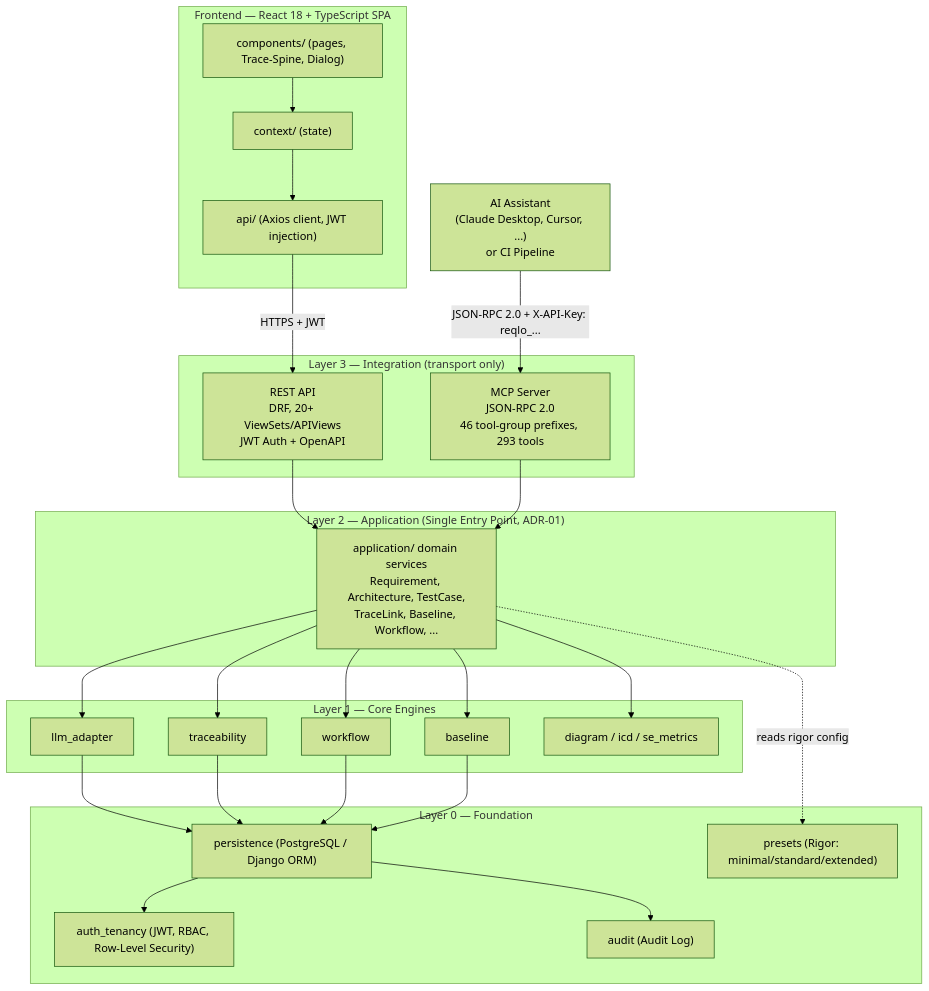
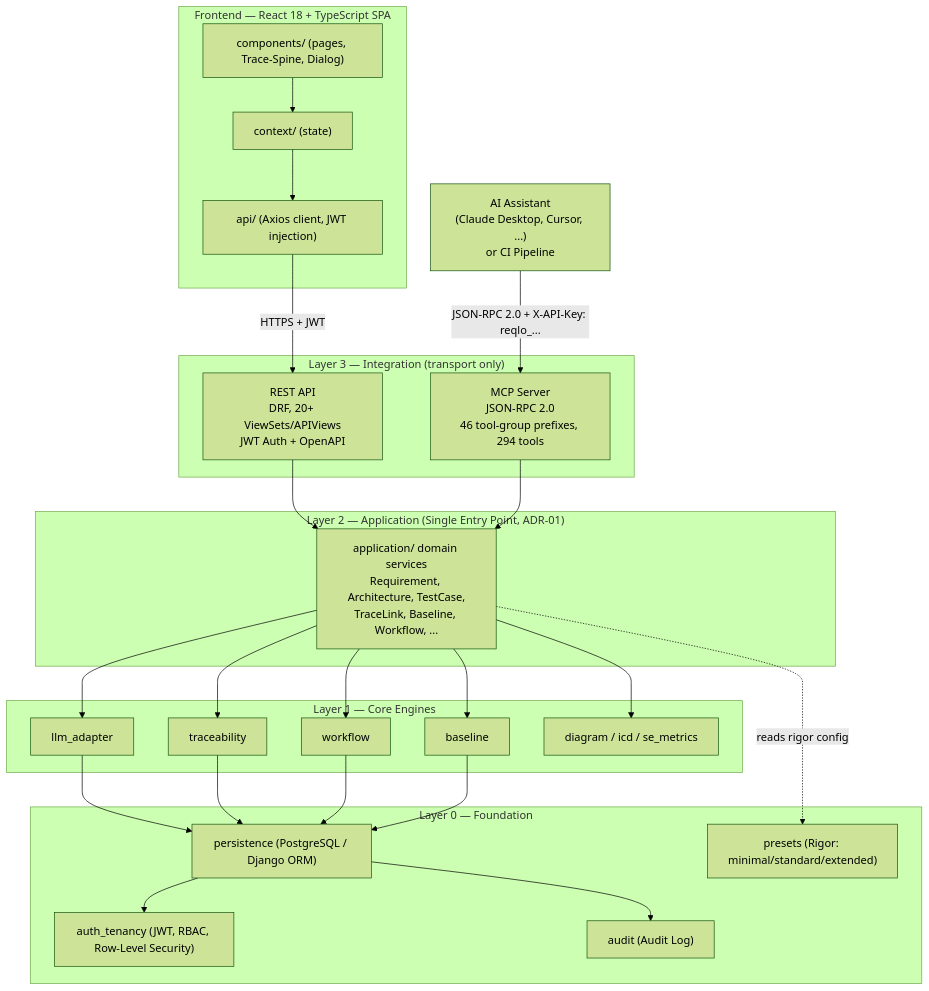
One commit to Popoboxxo/ReqogniLoom changed the first of 3 diagrams in README.md. Above: the diagram before and after it, drawn with Mermaid (forest theme). The commit also changed other lines of this file and 33 other files, not shown here.

First line of the commit message:
feat(summary): S2 inspector panel and S3 MCP tool

````diff
--- a/README.md
+++ b/README.md
@@ -102,53 +102,53 @@
 ```mermaid
 graph TD
     subgraph FE["Frontend — React 18 + TypeScript SPA"]
         UI["components/ (pages, Trace-Spine, Dialog)"]
         CTX["context/ (state)"]
         APICLIENT["api/ (Axios client, JWT injection)"]
         UI --> CTX --> APICLIENT
     end
 
     EXT["AI Assistant<br/>(Claude Desktop, Cursor, ...)<br/>or CI Pipeline"]
 
     subgraph L3["Layer 3 — Integration (transport only)"]
         REST["REST API<br/>DRF, 20+ ViewSets/APIViews<br/>JWT Auth + OpenAPI"]
-        MCP["MCP Server<br/>JSON-RPC 2.0<br/>46 tool-group prefixes, 293 tools"]
+        MCP["MCP Server<br/>JSON-RPC 2.0<br/>46 tool-group prefixes, 294 tools"]
     end
 
     subgraph L2["Layer 2 — Application (Single Entry Point, ADR-01)"]
         APP["application/ domain services<br/>Requirement, Architecture, TestCase,<br/>TraceLink, Baseline, Workflow, ..."]
     end
 
     subgraph L1["Layer 1 — Core Engines"]
         LLM["llm_adapter"]
         TRACE["traceability"]
         WF["workflow"]
         BASE["baseline"]
         DIAG["diagram / icd / se_metrics"]
     end
 
     subgraph L0["Layer 0 — Foundation"]
         PERSIST["persistence (PostgreSQL / Django ORM)"]
         AUTH["auth_tenancy (JWT, RBAC, Row-Level Security)"]
         PRESET["presets (Rigor: minimal/standard/extended)"]
         AUDIT["audit (Audit Log)"]
     end
 
     APICLIENT -->|"HTTPS + JWT"| REST
     EXT -->|"JSON-RPC 2.0 + X-API-Key: reqlo_..."| MCP
 
     REST --> APP
     MCP --> APP
     APP --> LLM
     APP --> TRACE
     APP --> WF
     APP --> BASE
     APP --> DIAG
     APP -.->|"reads rigor config"| PRESET
     LLM --> PERSIST
     TRACE --> PERSIST
     WF --> PERSIST
     BASE --> PERSIST
     PERSIST --> AUTH
     PERSIST --> AUDIT
 ```
````
